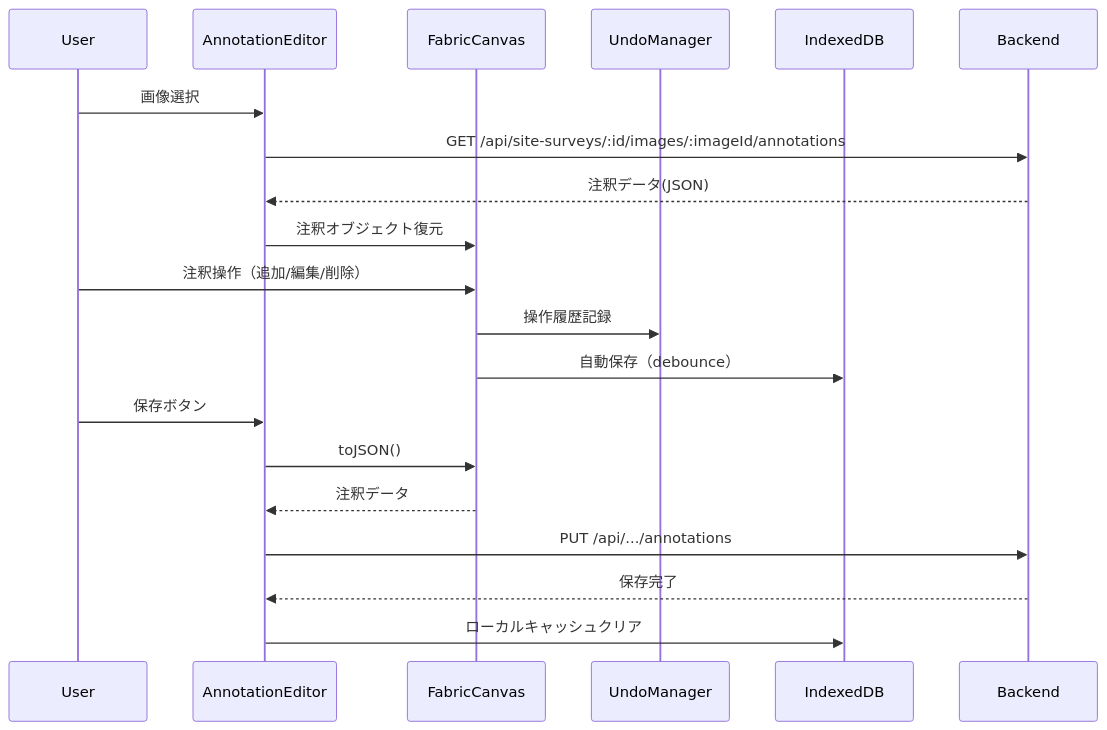
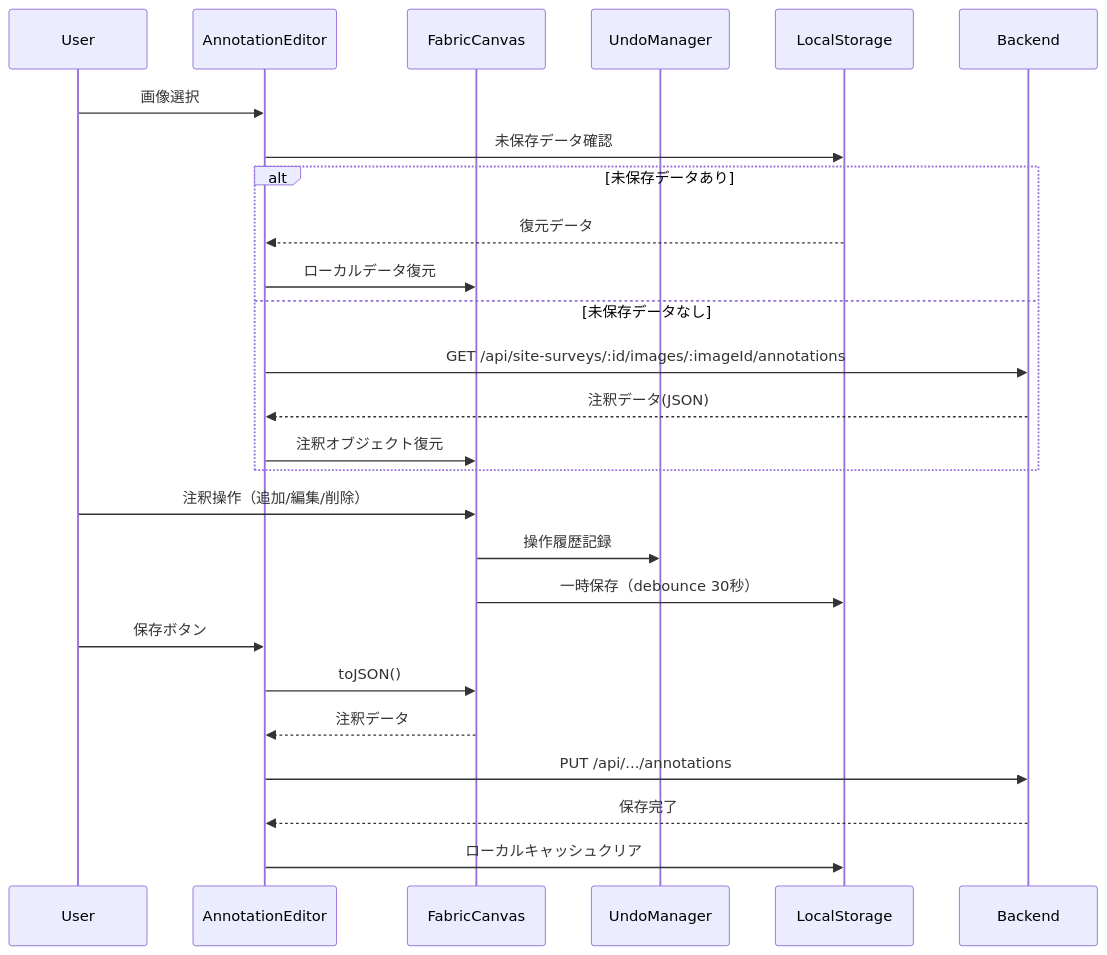
Before and after one commit to inakanou/ArchiTrack: the third of 5 diagrams in .kiro/specs/site-survey/design.md, drawn with Mermaid. The commit also changed other lines of this file and 1 other file, not shown here.

First line of the commit message:
docs(specs): revise site-survey design based on review feedback

````diff
--- a/.kiro/specs/site-survey/design.md
+++ b/.kiro/specs/site-survey/design.md
@@ -156,25 +156,31 @@
 ```mermaid
 sequenceDiagram
     participant User
     participant AnnotationEditor
     participant FabricCanvas
     participant UndoManager
-    participant IndexedDB
+    participant LocalStorage
     participant Backend
 
     User->>AnnotationEditor: 画像選択
-    AnnotationEditor->>Backend: GET /api/site-surveys/:id/images/:imageId/annotations
-    Backend-->>AnnotationEditor: 注釈データ(JSON)
-    AnnotationEditor->>FabricCanvas: 注釈オブジェクト復元
+    AnnotationEditor->>LocalStorage: 未保存データ確認
+    alt 未保存データあり
+        LocalStorage-->>AnnotationEditor: 復元データ
+        AnnotationEditor->>FabricCanvas: ローカルデータ復元
+    else 未保存データなし
+        AnnotationEditor->>Backend: GET /api/site-surveys/:id/images/:imageId/annotations
+        Backend-->>AnnotationEditor: 注釈データ(JSON)
+        AnnotationEditor->>FabricCanvas: 注釈オブジェクト復元
+    end
 
     User->>FabricCanvas: 注釈操作（追加/編集/削除）
     FabricCanvas->>UndoManager: 操作履歴記録
-    FabricCanvas->>IndexedDB: 自動保存（debounce）
+    FabricCanvas->>LocalStorage: 一時保存（debounce 30秒）
 
     User->>AnnotationEditor: 保存ボタン
     AnnotationEditor->>FabricCanvas: toJSON()
     FabricCanvas-->>AnnotationEditor: 注釈データ
     AnnotationEditor->>Backend: PUT /api/.../annotations
     Backend-->>AnnotationEditor: 保存完了
-    AnnotationEditor->>IndexedDB: ローカルキャッシュクリア
+    AnnotationEditor->>LocalStorage: ローカルキャッシュクリア
 ```
````
